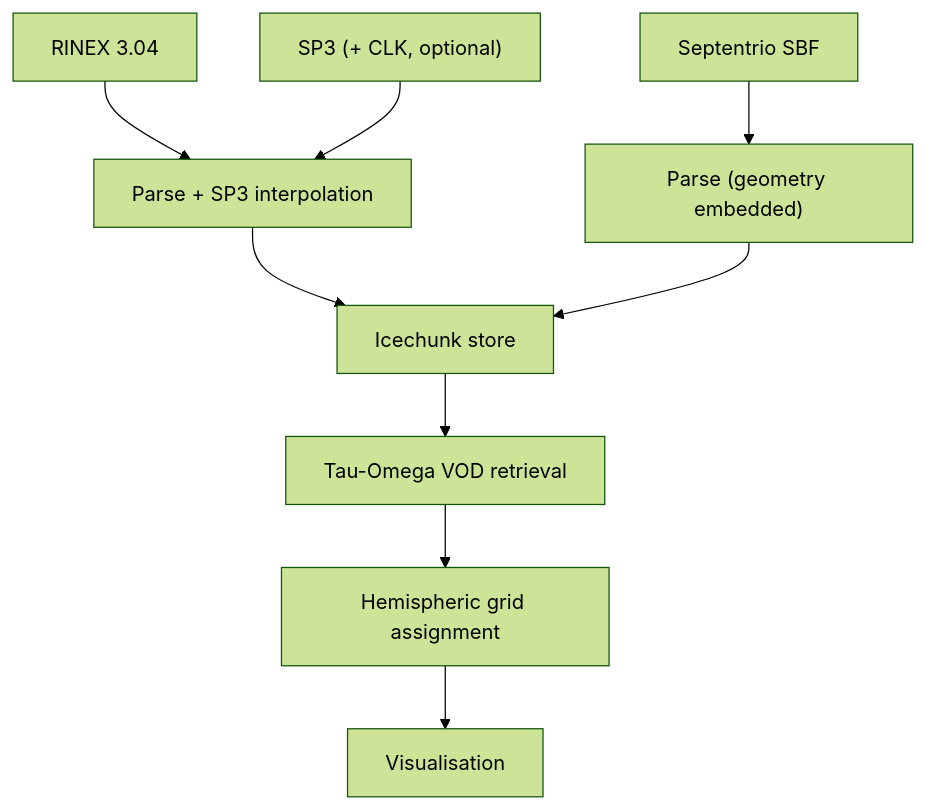
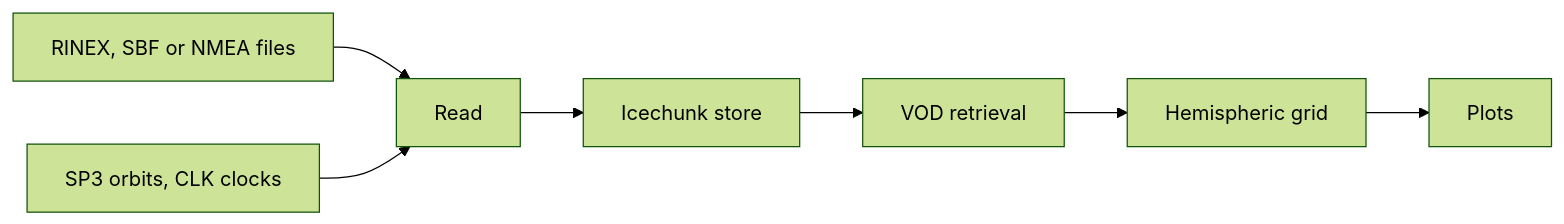
One commit to TUW-GEO/canvodpy changed the diagram in docs/index.md. Above: the diagram before and after it, drawn with Mermaid (forest theme). The commit also changed other lines of this file and 1 other file, not shown here.

````diff
--- a/docs/index.md
+++ b/docs/index.md
@@ -145,11 +101,9 @@
 ```mermaid
-flowchart TD
-    RINEX["RINEX 3.04"] --> PARSE["Parse + SP3 interpolation"]
-    SBF["Septentrio SBF"] --> PARSE2["Parse (geometry embedded)"]
-    SP3["SP3 (+ CLK, optional)"] --> PARSE
-    PARSE --> STORE["Icechunk store"]
-    PARSE2 --> STORE
-    STORE --> VOD["Tau-Omega VOD retrieval"]
-    VOD --> GRID["Hemispheric grid assignment"]
-    GRID --> VIZ["Visualisation"]
+flowchart LR
+    FILES["RINEX, SBF or NMEA files"] --> READ["Read"]
+    ORBITS["SP3 orbits, CLK clocks"] --> READ
+    READ --> STORE["Icechunk store"]
+    STORE --> VOD["VOD retrieval"]
+    VOD --> GRID["Hemispheric grid"]
+    GRID --> PLOT["Plots"]
 ```
````
